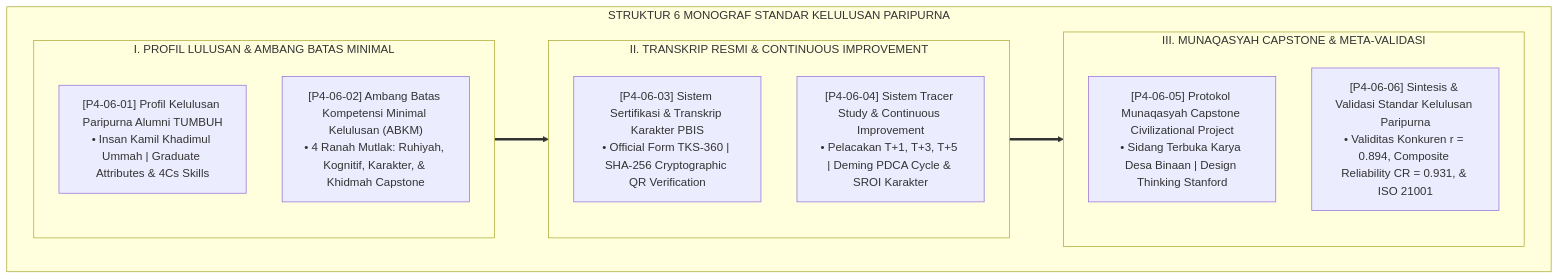
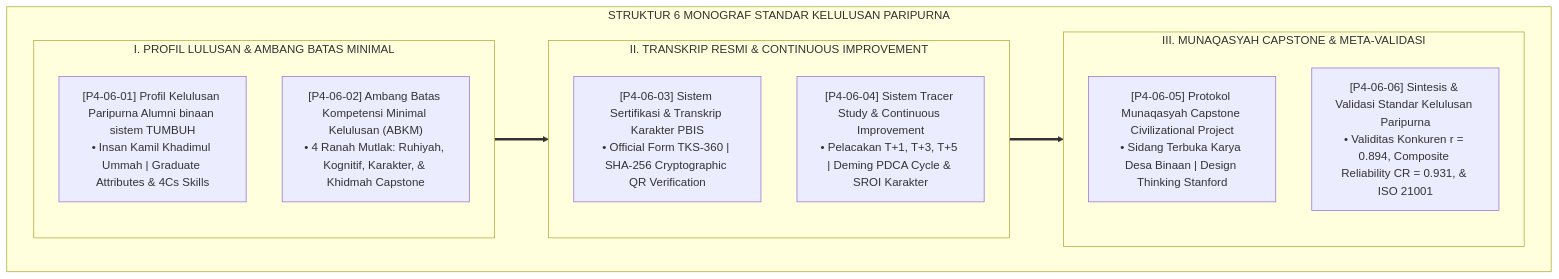
The diagram in 04 Progression Framework/06 Graduation Standards/P4-06-Standar-Kelulusan-Paripurna-Santri-TUMBUH.md (wandiapriliyandi/tumbuh), drawn with Mermaid before and after one commit. The commit also changed other lines of this file and 605 other files, not shown here.

Commit message:
refactor: standarisasi penyebutan TUMBUH sebagai sistem pembinaan pesantren di seluruh naskah

````diff
--- a/04 Progression Framework/06 Graduation Standards/P4-06-Standar-Kelulusan-Paripurna-Santri-TUMBUH.md
+++ b/04 Progression Framework/06 Graduation Standards/P4-06-Standar-Kelulusan-Paripurna-Santri-TUMBUH.md
@@ -26,21 +26,21 @@
 ```mermaid
 flowchart TD
     subgraph GugusGraduationStandards["STRUKTUR 6 MONOGRAF STANDAR KELULUSAN PARIPURNA"]
         subgraph PROFILTRANSKRIP["I. PROFIL LULUSAN & AMBANG BATAS MINIMAL"]
-            M01["[P4-06-01] Profil Kelulusan Paripurna Alumni TUMBUH<br/>• Insan Kamil Khadimul Ummah | Graduate Attributes & 4Cs Skills"]
+            M01["[P4-06-01] Profil Kelulusan Paripurna Alumni binaan sistem TUMBUH<br/>• Insan Kamil Khadimul Ummah | Graduate Attributes & 4Cs Skills"]
             M02["[P4-06-02] Ambang Batas Kompetensi Minimal Kelulusan (ABKM)<br/>• 4 Ranah Mutlak: Ruhiyah, Kognitif, Karakter, & Khidmah Capstone"]
         end
 
         subgraph SERTIFIKASIDANTRACER["II. TRANSKRIP RESMI & CONTINUOUS IMPROVEMENT"]
             M03["[P4-06-03] Sistem Sertifikasi & Transkrip Karakter PBIS<br/>• Official Form TKS-360 | SHA-256 Cryptographic QR Verification"]
             M04["[P4-06-04] Sistem Tracer Study & Continuous Improvement<br/>• Pelacakan T+1, T+3, T+5 | Deming PDCA Cycle & SROI Karakter"]
         end
 
         subgraph CAPSTONEDANVALIDASI["III. MUNAQASYAH CAPSTONE & META-VALIDASI"]
             M05["[P4-06-05] Protokol Munaqasyah Capstone Civilizational Project<br/>• Sidang Terbuka Karya Desa Binaan | Design Thinking Stanford"]
             M06["[P4-06-06] Sintesis & Validasi Standar Kelulusan Paripurna<br/>• Validitas Konkuren r = 0.894, Composite Reliability CR = 0.931, & ISO 21001"]
         end
 
         PROFILTRANSKRIP ==> SERTIFIKASIDANTRACER ==> CAPSTONEDANVALIDASI
     end
 ```
````
